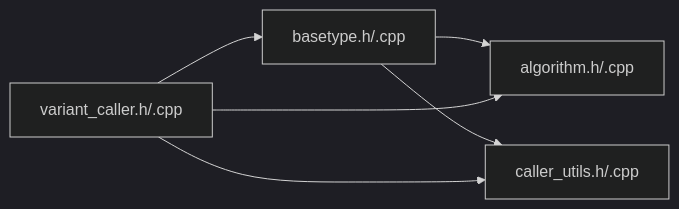
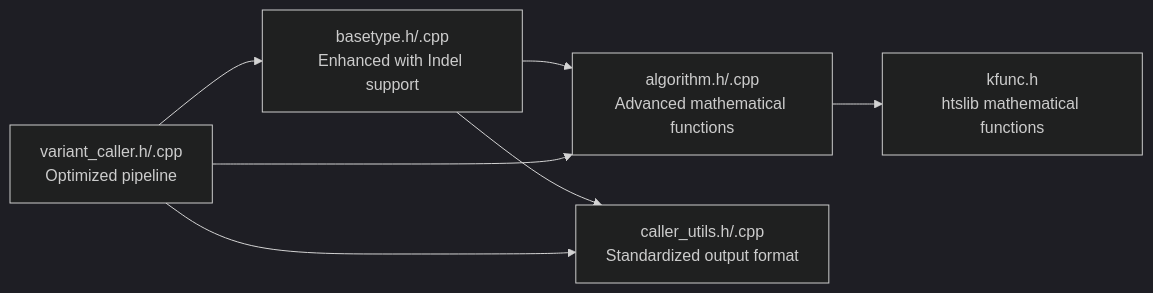
Before and after one commit to ShujiaHuang/BaseVar2: the eighth of 8 diagrams in .qoder/repowiki/en/content/Core Algorithm Architecture/Core Algorithm Architecture.md, drawn with Mermaid (dark theme). The commit also changed other lines of this file and 6 other files, not shown here.

````diff
--- a/.qoder/repowiki/en/content/Core Algorithm Architecture/Core Algorithm Architecture.md
+++ b/.qoder/repowiki/en/content/Core Algorithm Architecture/Core Algorithm Architecture.md
@@ -289,8 +303,9 @@
 ```mermaid
 graph LR
-BaseType["basetype.h/.cpp"] --> Algorithm["algorithm.h/.cpp"]
-BaseType --> CallerUtils["caller_utils.h/.cpp"]
-BaseTypeRunner["variant_caller.h/.cpp"] --> BaseType
-BaseTypeRunner --> CallerUtils
-BaseTypeRunner --> Algorithm
+EnhancedBaseType["basetype.h/.cpp<br/>Enhanced with Indel support"] --> AdvancedAlgorithm["algorithm.h/.cpp<br/>Advanced mathematical functions"]
+EnhancedBaseType --> EnhancedCallerUtils["caller_utils.h/.cpp<br/>Standardized output format"]
+EnhancedBaseTypeRunner["variant_caller.h/.cpp<br/>Optimized pipeline"] --> EnhancedBaseType
+EnhancedBaseTypeRunner --> EnhancedCallerUtils
+EnhancedBaseTypeRunner --> AdvancedAlgorithm
+AdvancedAlgorithm --> KFunc["kfunc.h<br/>htslib mathematical functions"]
 ```
````
